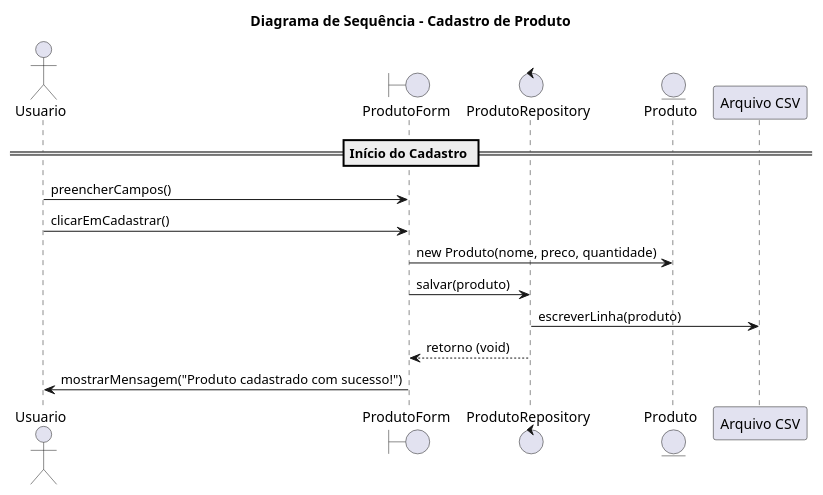
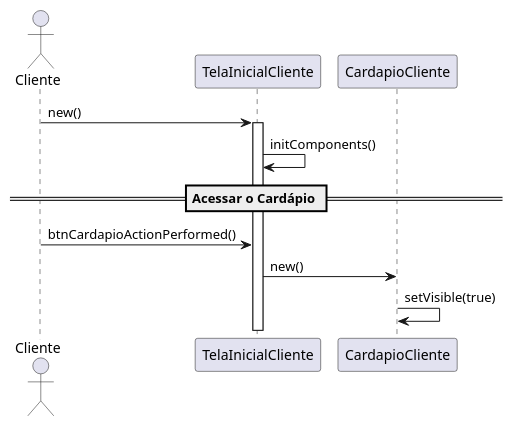
Before and after one commit to Nogz04/sistema_restaurante: the third of 7 diagrams in README.md, drawn with PlantUML. The commit also changed other lines of this file, not shown here.

Commit message:
README.md com a documentação de todo sistema ATUALIZADO 06:04 22:32

````diff
--- a/README.md
+++ b/README.md
@@ -119,27 +259,14 @@
 ```plantuml
 @startuml
-title Diagrama de Sequência - Cadastro de Produto
+actor Cliente
 
-actor Usuario
+Cliente -> TelaInicialCliente : new()
+activate TelaInicialCliente
+TelaInicialCliente -> TelaInicialCliente : initComponents()
 
-boundary ProdutoForm
-control ProdutoRepository
-entity Produto
-
-== Início do Cadastro ==
-
-Usuario -> ProdutoForm : preencherCampos()
-Usuario -> ProdutoForm : clicarEmCadastrar()
-
-ProdutoForm -> Produto : new Produto(nome, preco, quantidade)
-
-ProdutoForm -> ProdutoRepository : salvar(produto)
-
-ProdutoRepository -> "Arquivo CSV" : escreverLinha(produto)
-
-ProdutoRepository --> ProdutoForm : retorno (void)
-
-ProdutoForm -> Usuario : mostrarMensagem("Produto cadastrado com sucesso!")
-
+== Acessar o Cardápio ==
+Cliente -> TelaInicialCliente : btnCardapioActionPerformed()
+TelaInicialCliente -> CardapioCliente : new()
+CardapioCliente -> CardapioCliente : setVisible(true)
 @enduml
 ```
````
